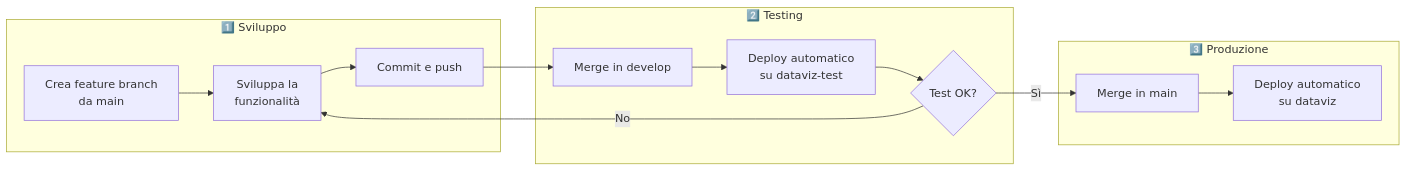
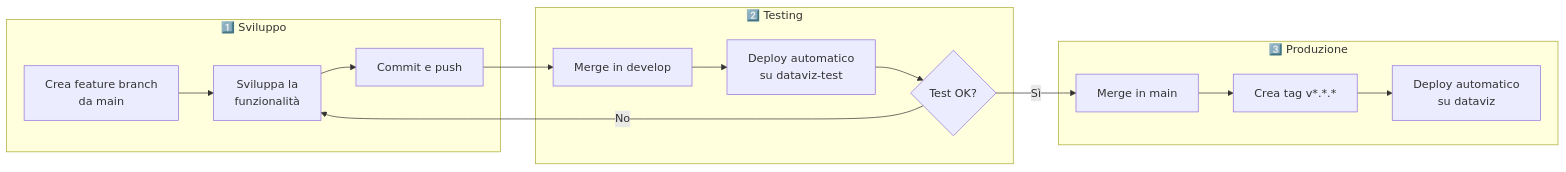
Before and after one commit to italia/graph-italia: the ninth of 15 diagrams in README.md, drawn with Mermaid. The commit also changed other lines of this file, not shown here.

First line of the commit message:
docs: update GitFlow to reflect tag-based production deployments

````diff
--- a/README.md
+++ b/README.md
@@ -740,20 +740,21 @@
 ```mermaid
 flowchart LR
     subgraph "1️⃣ Sviluppo"
         A[Crea feature branch<br/>da main] --> B[Sviluppa la<br/>funzionalità]
         B --> C[Commit e push]
     end
 
     subgraph "2️⃣ Testing"
         C --> D[Merge in develop]
         D --> E[Deploy automatico<br/>su dataviz-test]
         E --> F{Test OK?}
     end
 
     subgraph "3️⃣ Produzione"
         F -->|Sì| G[Merge in main]
-        G --> H[Deploy automatico<br/>su dataviz]
+        G --> H[Crea tag v*.*.*]
+        H --> I[Deploy automatico<br/>su dataviz]
     end
 
     F -->|No| B
 ```
````
